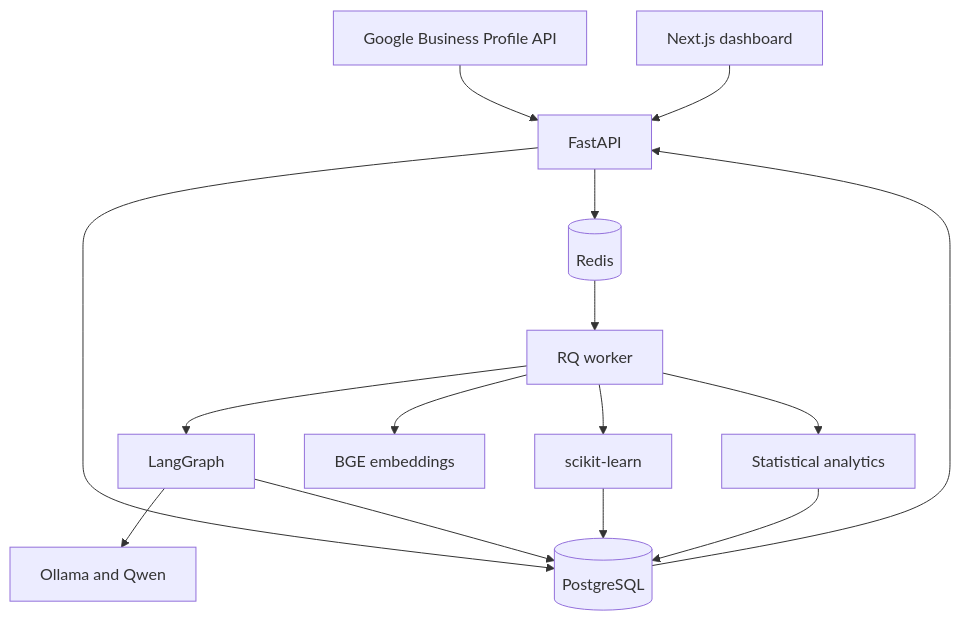
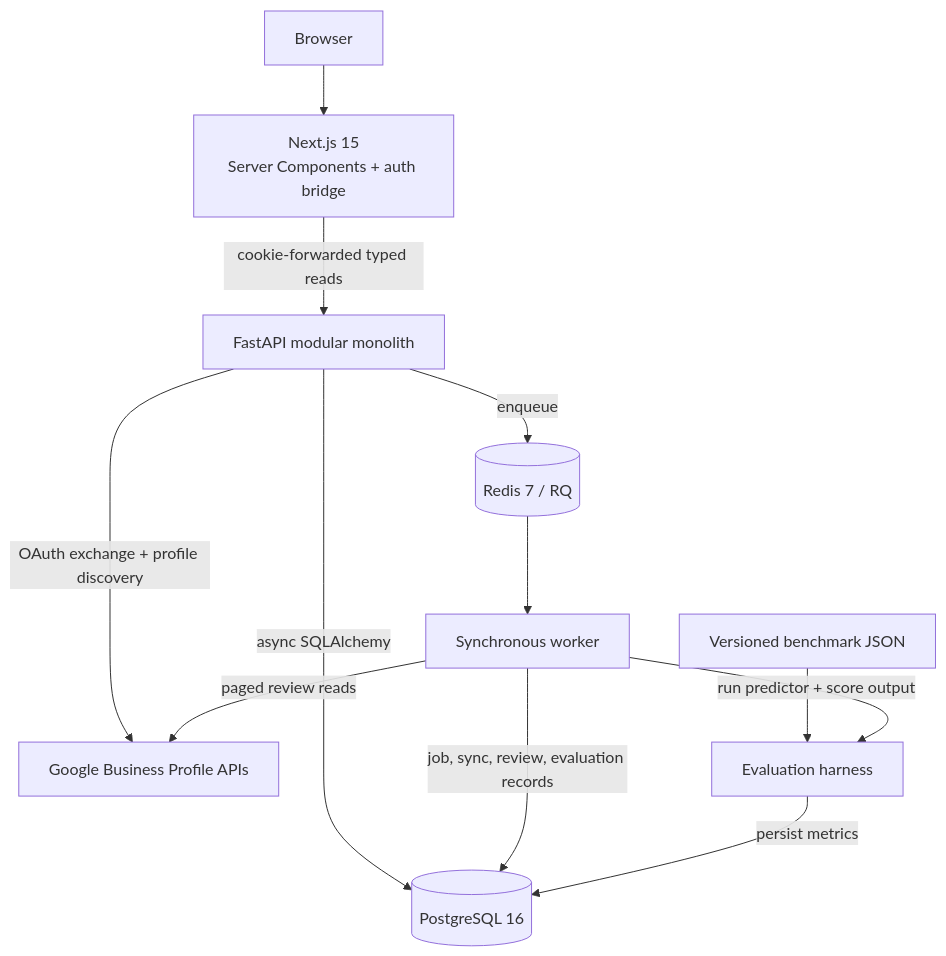
One commit to Bruce1508/reviewSignal changed the third of 3 diagrams in README.md. Above: the diagram before and after it, drawn with Mermaid. The commit also changed other lines of this file, not shown here.

````diff
--- a/README.md
+++ b/README.md
@@ -156,17 +108,14 @@
 ```mermaid
-flowchart TD
-    G[Google Business Profile API] --> A[FastAPI]
-    W[Next.js dashboard] --> A
-    A --> D[(PostgreSQL)]
-    A --> R[(Redis)]
-    R --> Q[RQ worker]
-    Q --> L[LangGraph]
-    L --> O[Ollama and Qwen]
-    Q --> E[BGE embeddings]
-    Q --> M[scikit-learn]
-    Q --> S[Statistical analytics]
-    L --> D
-    M --> D
-    S --> D
-    D --> A
+flowchart TB
+    B[Browser] --> W[Next.js 15<br/>Server Components + auth bridge]
+    W -->|cookie-forwarded typed reads| A[FastAPI modular monolith]
+    A -->|async SQLAlchemy| P[(PostgreSQL 16)]
+    A -->|enqueue| R[(Redis 7 / RQ)]
+    R --> K[Synchronous worker]
+    A -->|OAuth exchange + profile discovery| G[Google Business Profile APIs]
+    K -->|paged review reads| G
+    K -->|job, sync, review, evaluation records| P
+    D[Versioned benchmark JSON] --> E[Evaluation harness]
+    K -->|run predictor + score output| E
+    E -->|persist metrics| P
 ```
````
